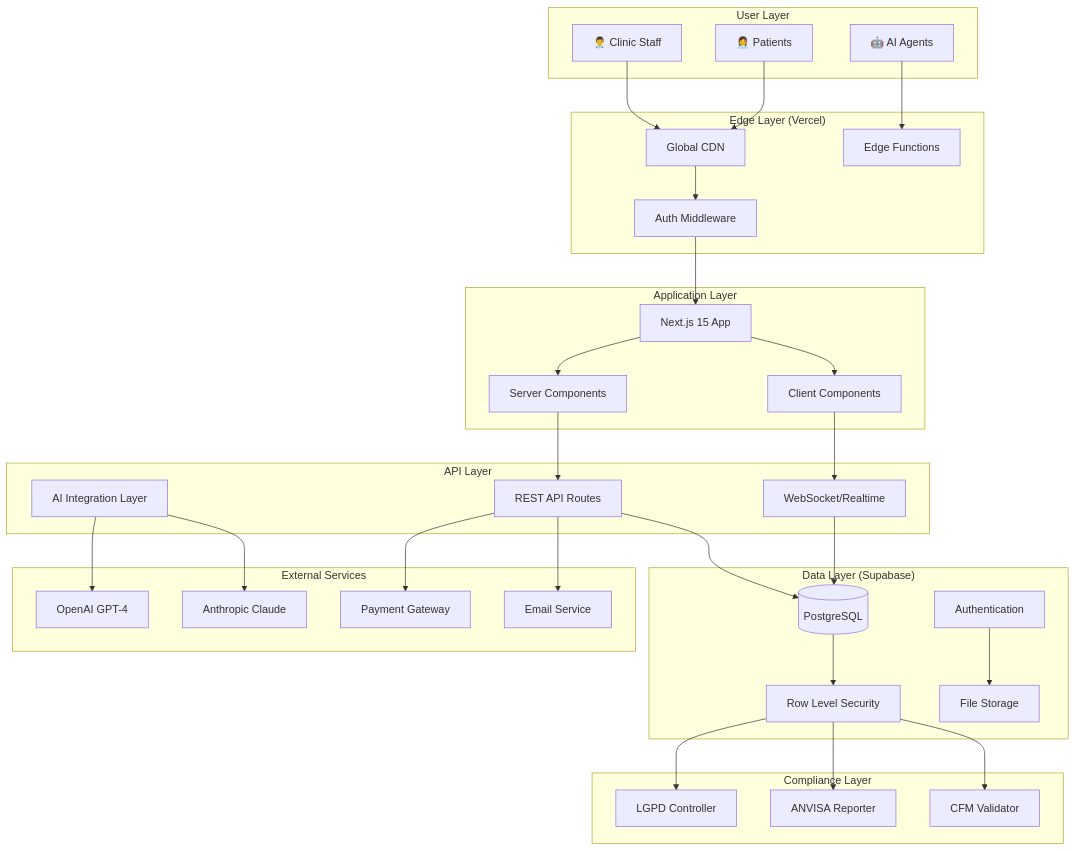
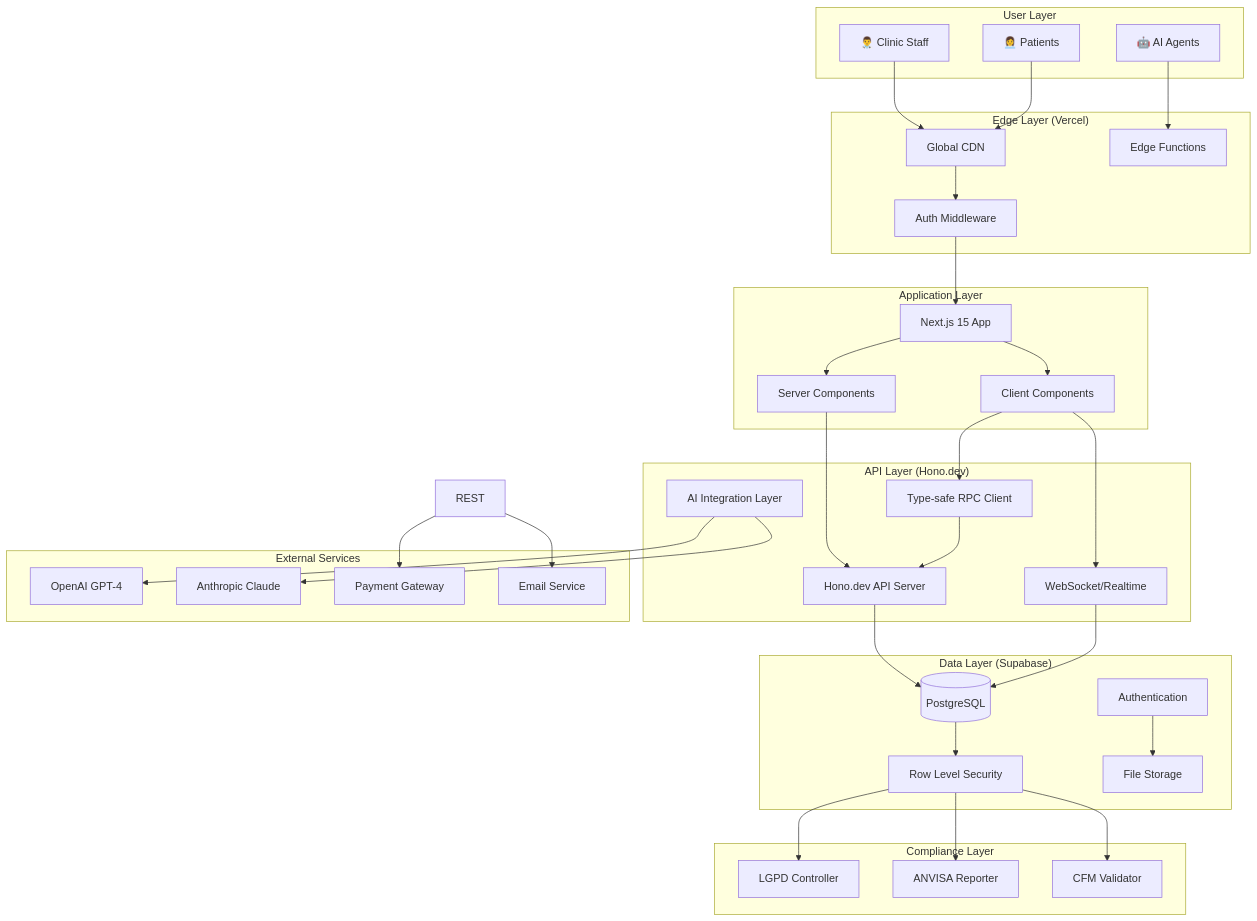
Before and after one commit to GrupoUS/neonpro: the first of 4 diagrams in docs/architecture.md, drawn with Mermaid. The commit also changed other lines of this file and 138 other files, not shown here.

````diff
--- a/docs/architecture.md
+++ b/docs/architecture.md
@@ -164,72 +176,75 @@
 ```mermaid
 graph TB
     subgraph "User Layer"
         U[👨‍⚕️ Clinic Staff]
         P[👩‍💼 Patients]
         A[🤖 AI Agents]
     end
 
     subgraph "Edge Layer (Vercel)"
         CDN[Global CDN]
         EF[Edge Functions]
         MW[Auth Middleware]
     end
 
     subgraph "Application Layer"
         UI[Next.js 15 App]
         SC[Server Components]
         CC[Client Components]
     end
 
-    subgraph "API Layer"
-        REST[REST API Routes]
+    subgraph "API Layer (Hono.dev)"
+        HONO[Hono.dev API Server]
+        RPC[Type-safe RPC Client]
         WS[WebSocket/Realtime]
         AI_API[AI Integration Layer]
     end
 
     subgraph "Data Layer (Supabase)"
         PG[(PostgreSQL)]
         RLS[Row Level Security]
         STORAGE[File Storage]
         AUTH[Authentication]
     end
 
     subgraph "Compliance Layer"
         LGPD[LGPD Controller]
         ANVISA[ANVISA Reporter]
         CFM[CFM Validator]
     end
 
     subgraph "External Services"
         OPENAI[OpenAI GPT-4]
         CLAUDE[Anthropic Claude]
         PAYMENT[Payment Gateway]
         EMAIL[Email Service]
     end
 
     U --> CDN
     P --> CDN
     A --> EF
 
     CDN --> MW
     MW --> UI
 
     UI --> SC
     UI --> CC
-    SC --> REST
+    SC --> HONO
+    CC --> RPC
     CC --> WS
 
-    REST --> PG
+    HONO --> PG
+    RPC --> HONO
     WS --> PG
     AI_API --> OPENAI
     AI_API --> CLAUDE
 
     PG --> RLS
     RLS --> LGPD
     RLS --> ANVISA
     RLS --> CFM
 
     AUTH --> STORAGE
     REST --> PAYMENT
     REST --> EMAIL
 ```
````
